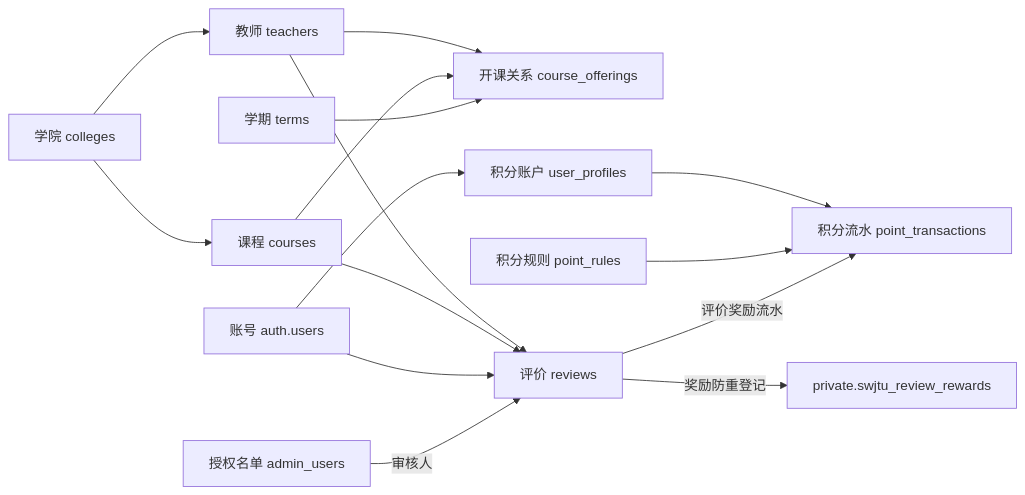
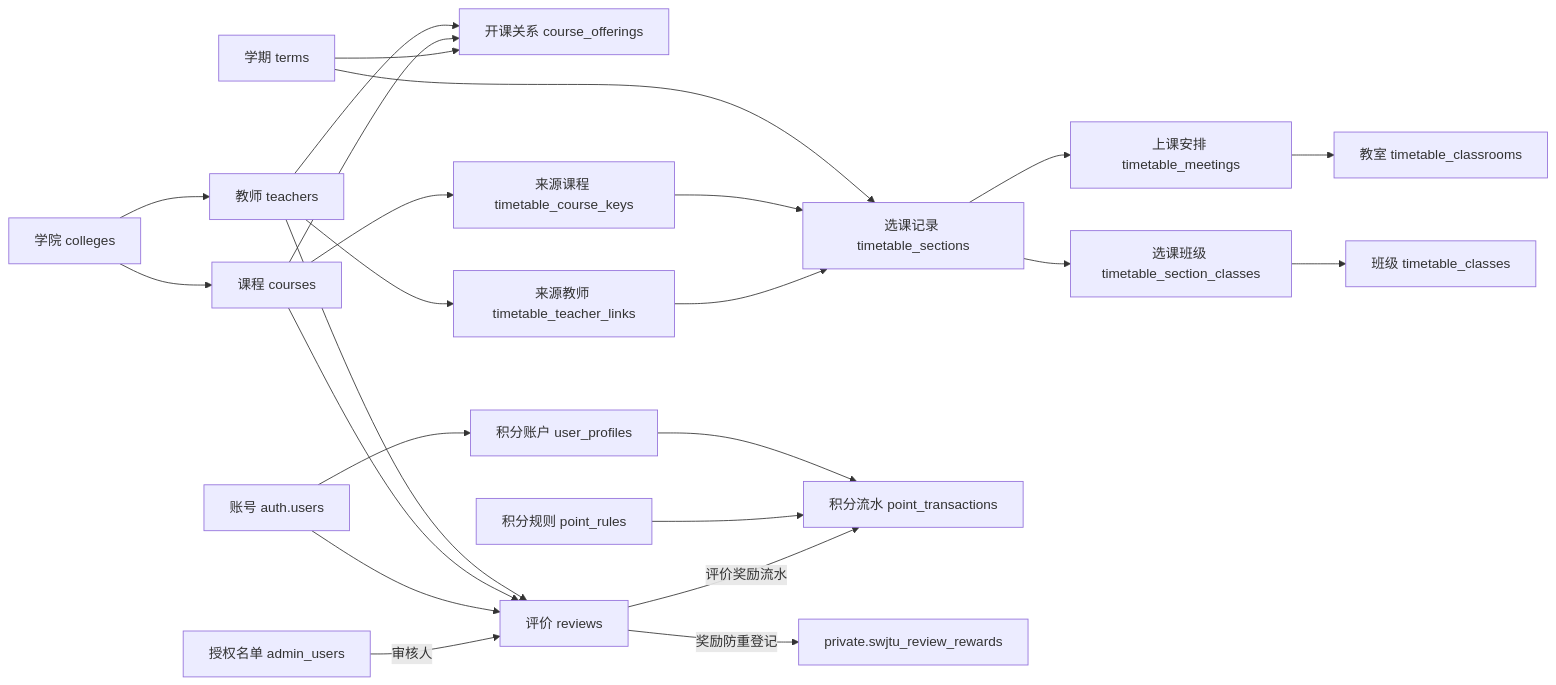
One commit to dlam12138/xiaoshizi changed the diagram in docs/database-dictionary.md. Above: the diagram before and after it, drawn with Mermaid. The commit also changed other lines of this file and 13 other files, not shown here.

````diff
--- a/docs/database-dictionary.md
+++ b/docs/database-dictionary.md
@@ -272,17 +359,26 @@
 ```mermaid
 flowchart LR
     C[学院 colleges] --> T[教师 teachers]
     C --> K[课程 courses]
     T --> O[开课关系 course_offerings]
     K --> O
     E[学期 terms] --> O
+    E --> S[选课记录 timetable_sections]
+    K --> CK[来源课程 timetable_course_keys]
+    CK --> S
+    T --> TL[来源教师 timetable_teacher_links]
+    TL --> S
+    S --> M[上课安排 timetable_meetings]
+    M --> CR[教室 timetable_classrooms]
+    S --> SC[选课班级 timetable_section_classes]
+    SC --> CL[班级 timetable_classes]
     T --> R[评价 reviews]
     K --> R
     U[账号 auth.users] --> P[积分账户 user_profiles]
     U --> R
     A[授权名单 admin_users] -->|审核人| R
     P --> X[积分流水 point_transactions]
     Q[积分规则 point_rules] --> X
     R -->|评价奖励流水| X
     R -->|奖励防重登记| D[private.swjtu_review_rewards]
 ```
````
